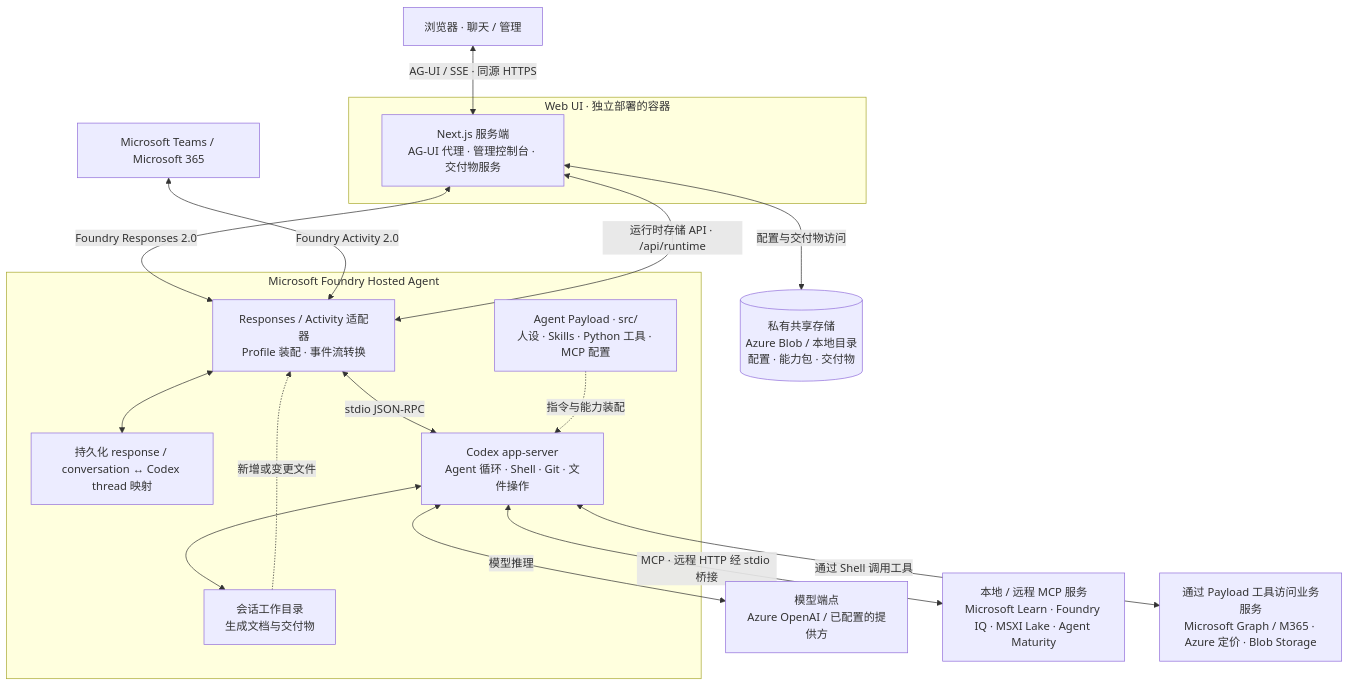
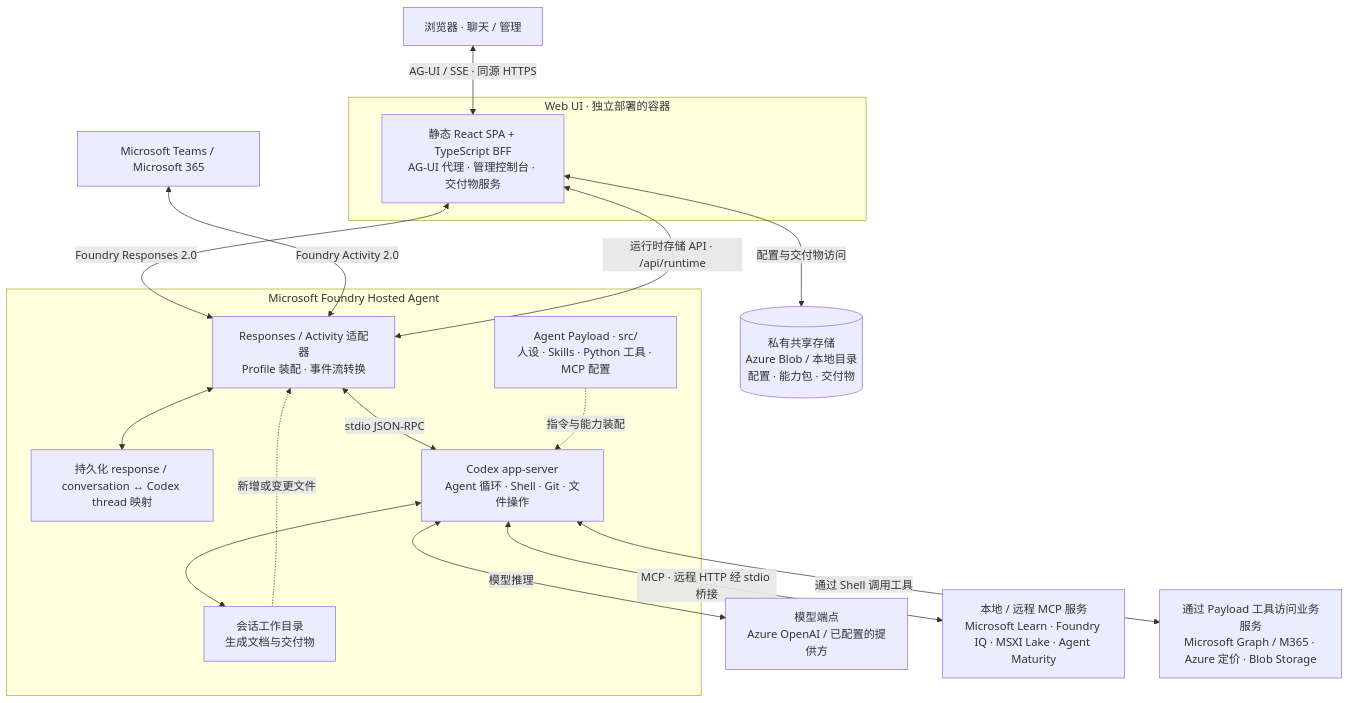
One commit to haxudev/DigiBuddy changed the diagram in README.zh-CN.md. Above: the diagram before and after it, drawn with Mermaid. The commit also changed other lines of this file and 108 other files, not shown here.

Commit message:
refactor(webui): extract TypeScript BFF and preserve API contracts

````diff
--- a/README.zh-CN.md
+++ b/README.zh-CN.md
@@ -35,36 +35,36 @@
 ```mermaid
 flowchart TB
     Browser["浏览器 · 聊天 / 管理"]
     Teams["Microsoft Teams / Microsoft 365"]
 
     subgraph WebUI["Web UI · 独立部署的容器"]
-        Web["Next.js 服务端<br/>AG-UI 代理 · 管理控制台 · 交付物服务"]
+        Web["静态 React SPA + TypeScript BFF<br/>AG-UI 代理 · 管理控制台 · 交付物服务"]
     end
 
     subgraph Foundry["Microsoft Foundry Hosted Agent"]
         Adapter["Responses / Activity 适配器<br/>Profile 装配 · 事件流转换"]
         Sessions["持久化 response / conversation ↔ Codex thread 映射"]
         Codex["Codex app-server<br/>Agent 循环 · Shell · Git · 文件操作"]
         Payload["Agent Payload · src/<br/>人设 · Skills · Python 工具 · MCP 配置"]
         Workspace["会话工作目录<br/>生成文档与交付物"]
         Adapter <--> Sessions
         Adapter <-->|"stdio JSON-RPC"| Codex
         Payload -.->|"指令与能力装配"| Codex
         Codex <--> Workspace
     end
 
     Store[("私有共享存储<br/>Azure Blob / 本地目录<br/>配置 · 能力包 · 交付物")]
     Model["模型端点<br/>Azure OpenAI / 已配置的提供方"]
     MCP["本地 / 远程 MCP 服务<br/>Microsoft Learn · Foundry IQ · MSXI Lake · Agent Maturity"]
     Services["通过 Payload 工具访问业务服务<br/>Microsoft Graph / M365 · Azure 定价 · Blob Storage"]
 
     Browser <-->|"AG-UI / SSE · 同源 HTTPS"| Web
     Web <-->|"Foundry Responses 2.0"| Adapter
     Teams <-->|"Foundry Activity 2.0"| Adapter
     Web <-->|"配置与交付物访问"| Store
     Adapter <-->|"运行时存储 API · /api/runtime"| Web
     Workspace -.->|"新增或变更文件"| Adapter
     Codex <-->|"模型推理"| Model
     Codex <-->|"MCP · 远程 HTTP 经 stdio 桥接"| MCP
     Codex <-->|"通过 Shell 调用工具"| Services
 ```
````
